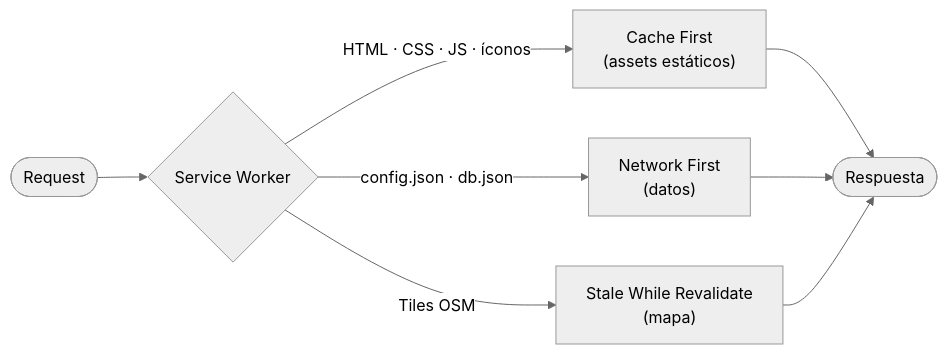
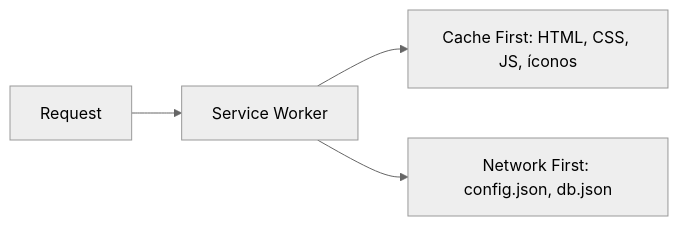
One commit to psbella/farmaciasmdp changed the fourth of 4 diagrams in README.md. Above: the diagram before and after it, drawn with Mermaid (neutral theme). The commit also changed other lines of this file, not shown here.

````diff
--- a/README.md
+++ b/README.md
@@ -248,12 +204,6 @@
 ```mermaid
 flowchart LR
-    REQ([Request]) --> SW{Service Worker}
-
-    SW -->|"HTML · CSS · JS · íconos"| C1["Cache First\n(assets estáticos)"]
-    SW -->|"config.json · db.json"| C2["Network First\n(datos)"]
-    SW -->|"Tiles OSM"| C3["Stale While Revalidate\n(mapa)"]
-
-    C1 --> RES([Respuesta])
-    C2 --> RES
-    C3 --> RES
+    Request --> SW[Service Worker]
+    SW --> Estatico[Cache First: HTML, CSS, JS, íconos]
+    SW --> Datos[Network First: config.json, db.json]
 ```
````
